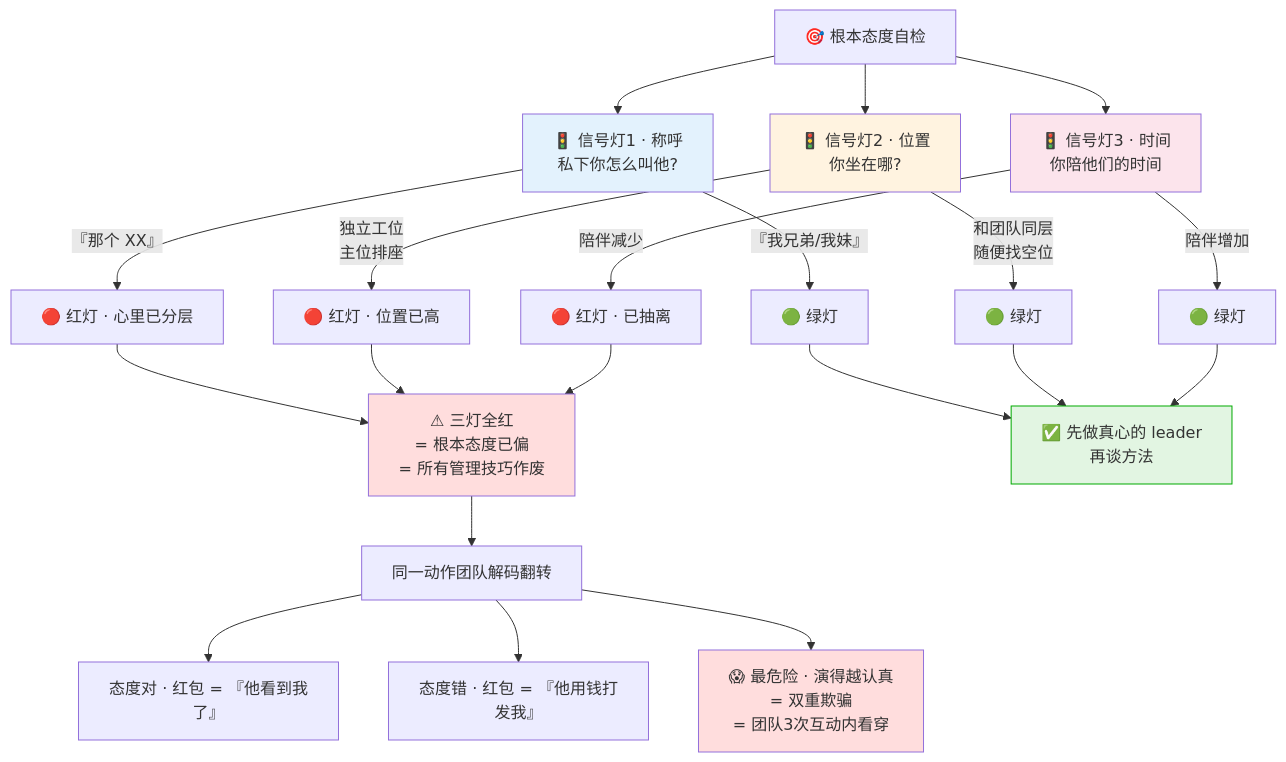
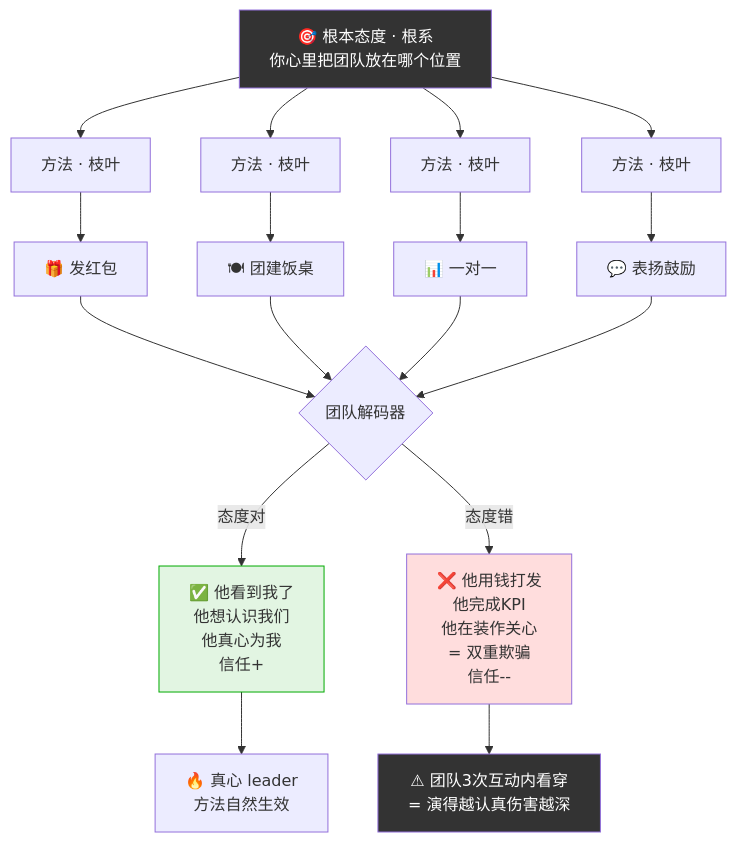
Before and after one commit to chongyang211/YCBookBlog: the sixth of 11 diagrams in packages/website/13.书籍/01.毛选实战心法/41.官兵一致的平等.md, drawn with Mermaid. The commit also changed other lines of this file and 10 other files, not shown here.

````diff
--- a/packages/website/13.书籍/01.毛选实战心法/41.官兵一致的平等.md
+++ b/packages/website/13.书籍/01.毛选实战心法/41.官兵一致的平等.md
@@ -211,31 +260,26 @@
 ```mermaid
 flowchart TB
-    Root["🎯 根本态度自检"] --> S1["🚦 信号灯1 · 称呼<br/>私下你怎么叫他?"]
-    Root --> S2["🚦 信号灯2 · 位置<br/>你坐在哪?"]
-    Root --> S3["🚦 信号灯3 · 时间<br/>你陪他们的时间"]
+    Root["🎯 根本态度 · 根系<br/>你心里把团队放在哪个位置"] 
+    Root --> M1["方法 · 枝叶"]
+    Root --> M2["方法 · 枝叶"]
+    Root --> M3["方法 · 枝叶"]
+    Root --> M4["方法 · 枝叶"]
 
-    S1 -->|"『我兄弟/我妹』"| G1["🟢 绿灯"]
-    S1 -->|"『那个 XX』"| R1["🔴 红灯 · 心里已分层"]
+    M1 --> A1["🎁 发红包"]
+    M2 --> A2["🍽 团建饭桌"]
+    M3 --> A3["📊 一对一"]
+    M4 --> A4["💬 表扬鼓励"]
 
-    S2 -->|"和团队同层<br/>随便找空位"| G2["🟢 绿灯"]
-    S2 -->|"独立工位<br/>主位排座"| R2["🔴 红灯 · 位置已高"]
+    A1 & A2 & A3 & A4 --> Decode{"团队解码器"}
 
-    S3 -->|"陪伴增加"| G3["🟢 绿灯"]
-    S3 -->|"陪伴减少"| R3["🔴 红灯 · 已抽离"]
+    Decode -->|"态度对"| Green["✅ 他看到我了<br/>他想认识我们<br/>他真心为我<br/>信任+"]
+    Decode -->|"态度错"| Red["❌ 他用钱打发<br/>他完成KPI<br/>他在装作关心<br/>= 双重欺骗<br/>信任--"]
 
-    R1 & R2 & R3 --> Warn["⚠ 三灯全红<br/>= 根本态度已偏<br/>= 所有管理技巧作废"]
+    Red --> Danger["⚠ 团队3次互动内看穿<br/>= 演得越认真伤害越深"]
+    Green --> Trust["🔥 真心 leader<br/>方法自然生效"]
 
-    Warn --> Decode["同一动作团队解码翻转"]
-    Decode --> D1["态度对 · 红包 = 『他看到我了』"]
-    Decode --> D2["态度错 · 红包 = 『他用钱打发我』"]
-    Decode --> D3["😱 最危险 · 演得越认真<br/>= 双重欺骗<br/>= 团队3次互动内看穿"]
-
-    G1 & G2 & G3 --> Green["✅ 先做真心的 leader<br/>再谈方法"]
-
-    style S1 fill:#e3f2fd
-    style S2 fill:#fff3e0
-    style S3 fill:#fce4ec
-    style Warn fill:#fdd
-    style D3 fill:#fdd
+    style Root fill:#333,color:#fff
     style Green fill:#e2f5e2,stroke:#0a0
+    style Red fill:#fdd
+    style Danger fill:#333,color:#fff
 ```
````
